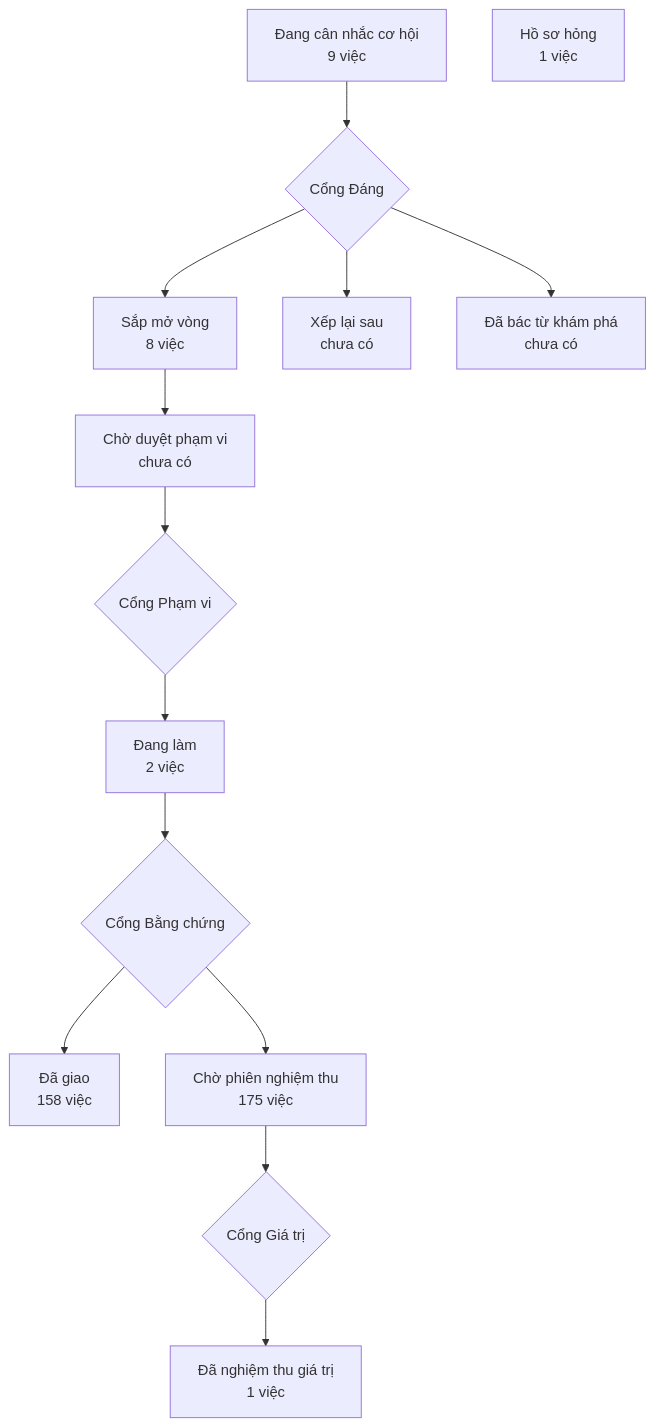
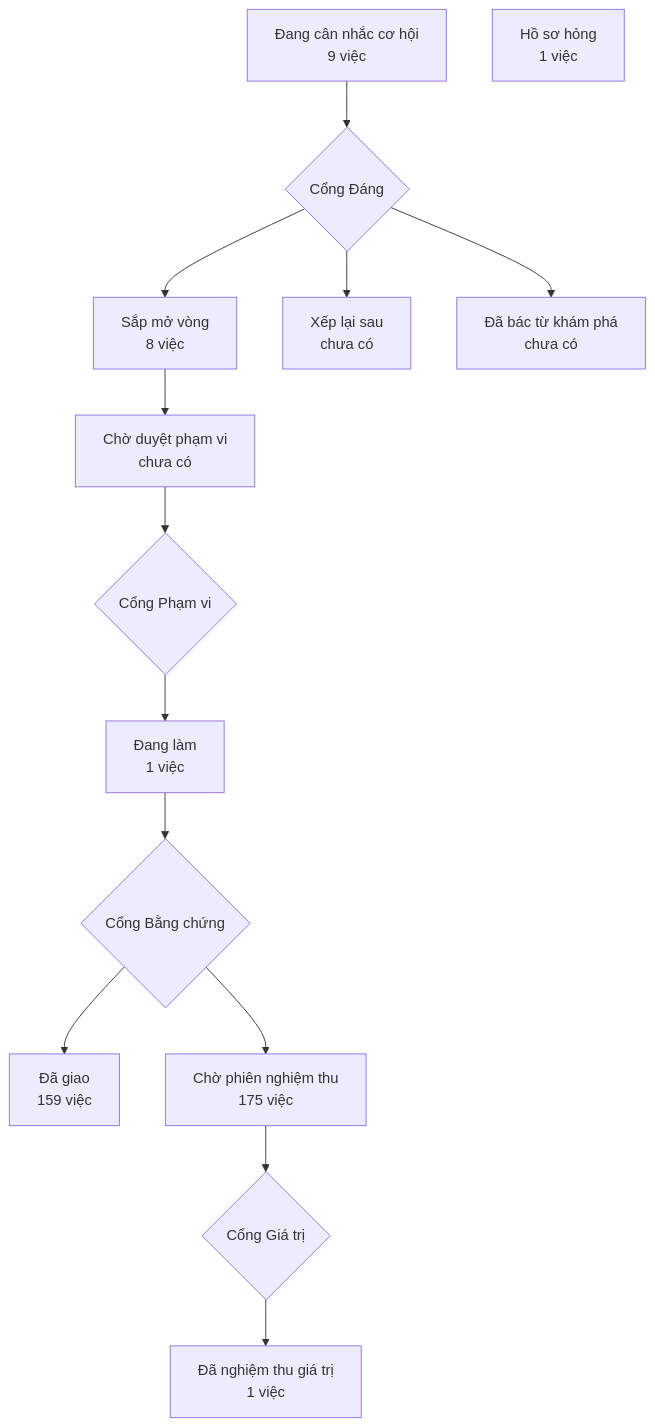
One commit to phanlemanh/crm-onehub changed the diagram in PRODUCT-MAP.md. Above: the diagram before and after it, drawn with Mermaid. The commit also changed 4 other files, not shown here.

````diff
--- a/PRODUCT-MAP.md
+++ b/PRODUCT-MAP.md
@@ -7,13 +7,13 @@
 ```mermaid
 flowchart TD
   A["Đang cân nhắc cơ hội<br/>9 việc"] --> GD{"Cổng Đáng"}
   GD --> B["Sắp mở vòng<br/>8 việc"]
   GD --> XL["Xếp lại sau<br/>chưa có"]
   GD --> DB["Đã bác từ khám phá<br/>chưa có"]
   B --> CD["Chờ duyệt phạm vi<br/>chưa có"] --> GP{"Cổng Phạm vi"}
-  GP --> DL["Đang làm<br/>2 việc"] --> GB{"Cổng Bằng chứng"}
-  GB --> DG["Đã giao<br/>158 việc"]
+  GP --> DL["Đang làm<br/>1 việc"] --> GB{"Cổng Bằng chứng"}
+  GB --> DG["Đã giao<br/>159 việc"]
   GB --> CN["Chờ phiên nghiệm thu<br/>175 việc"] --> GG{"Cổng Giá trị"}
   GG --> NT["Đã nghiệm thu giá trị<br/>1 việc"]
   HS["Hồ sơ hỏng<br/>1 việc"]
 ```
````
